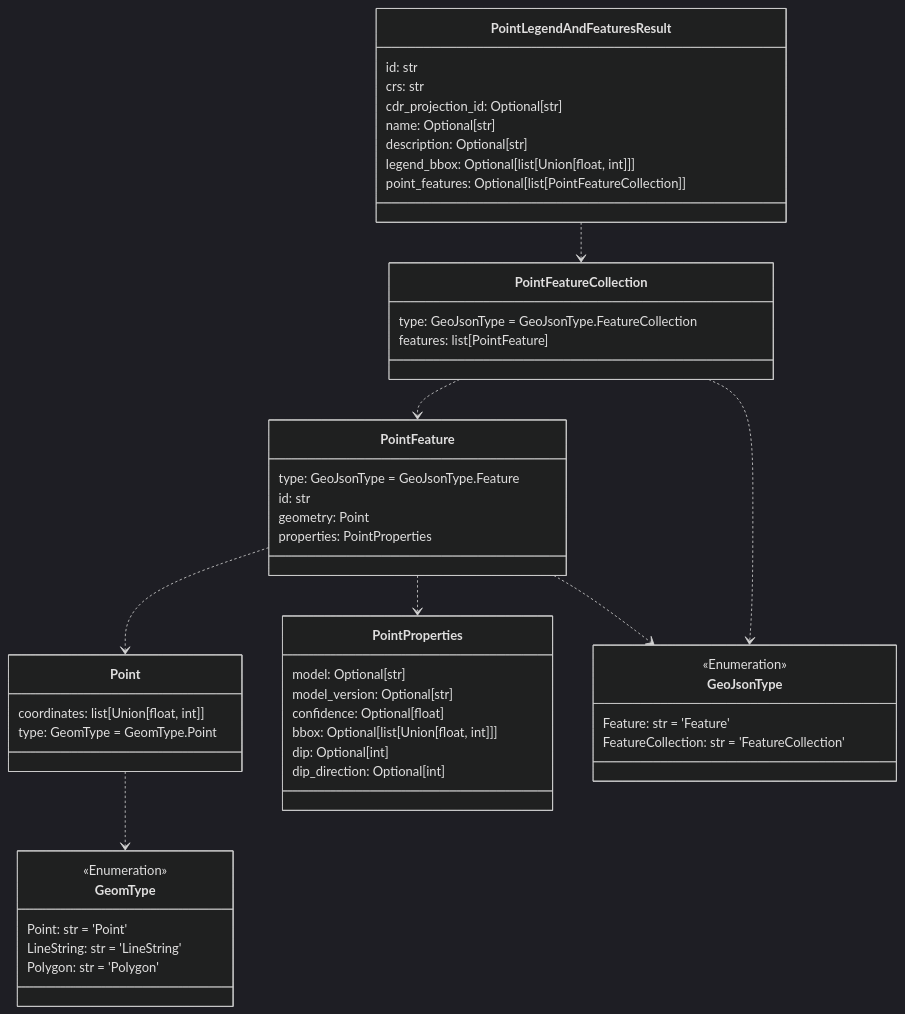
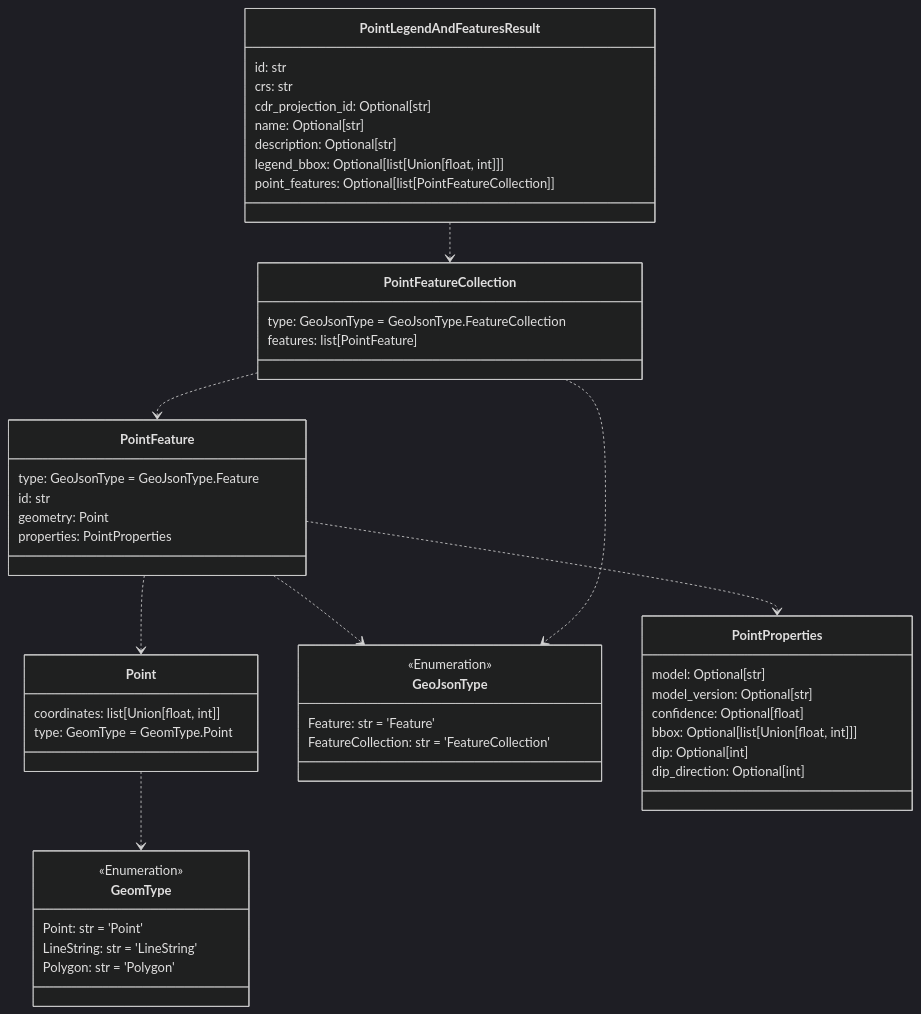
One commit to DARPA-CRITICALMAAS/cdr_schemas changed the fifth of 12 diagrams in README.md. Above: the diagram before and after it, drawn with Mermaid (dark theme). The commit also changed other lines of this file and 2 other files, not shown here.

````diff
--- a/README.md
+++ b/README.md
@@ -325,62 +325,62 @@
 ```mermaid
 classDiagram
 
-    class PointFeature {
-        type: GeoJsonType = GeoJsonType.Feature
-        id: str
-        geometry: Point
-        properties: PointProperties
+    class Point {
+        coordinates: list[Union[float, int]]
+        type: GeomType = GeomType.Point
     }
 
     class PointLegendAndFeaturesResult {
         id: str
         crs: str
         cdr_projection_id: Optional[str]
         name: Optional[str]
         description: Optional[str]
         legend_bbox: Optional[list[Union[float, int]]]
         point_features: Optional[list[PointFeatureCollection]]
+    }
+
+    class GeoJsonType {
+        <<Enumeration>>
+        Feature: str = 'Feature'
+        FeatureCollection: str = 'FeatureCollection'
+    }
+
+    class PointFeature {
+        type: GeoJsonType = GeoJsonType.Feature
+        id: str
+        geometry: Point
+        properties: PointProperties
     }
 
     class PointFeatureCollection {
         type: GeoJsonType = GeoJsonType.FeatureCollection
         features: list[PointFeature]
     }
 
     class GeomType {
         <<Enumeration>>
         Point: str = 'Point'
         LineString: str = 'LineString'
         Polygon: str = 'Polygon'
     }
 
-    class Point {
-        coordinates: list[Union[float, int]]
-        type: GeomType = GeomType.Point
-    }
-
     class PointProperties {
         model: Optional[str]
         model_version: Optional[str]
         confidence: Optional[float]
         bbox: Optional[list[Union[float, int]]]
         dip: Optional[int]
         dip_direction: Optional[int]
-    }
-
-    class GeoJsonType {
-        <<Enumeration>>
-        Feature: str = 'Feature'
-        FeatureCollection: str = 'FeatureCollection'
     }
 
     Point ..> GeomType
     PointFeature ..> Point
     PointFeature ..> GeoJsonType
     PointFeature ..> PointProperties
     PointFeatureCollection ..> PointFeature
     PointFeatureCollection ..> GeoJsonType
     PointLegendAndFeaturesResult ..> PointFeatureCollection
 
 
 ```
````
